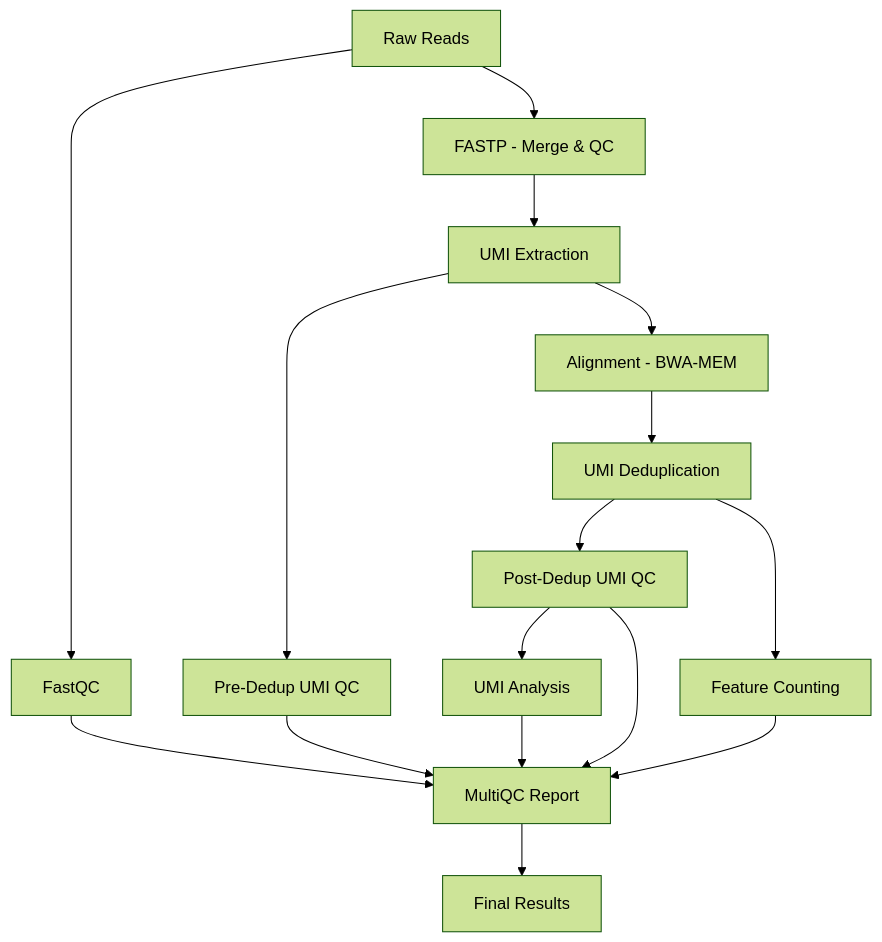
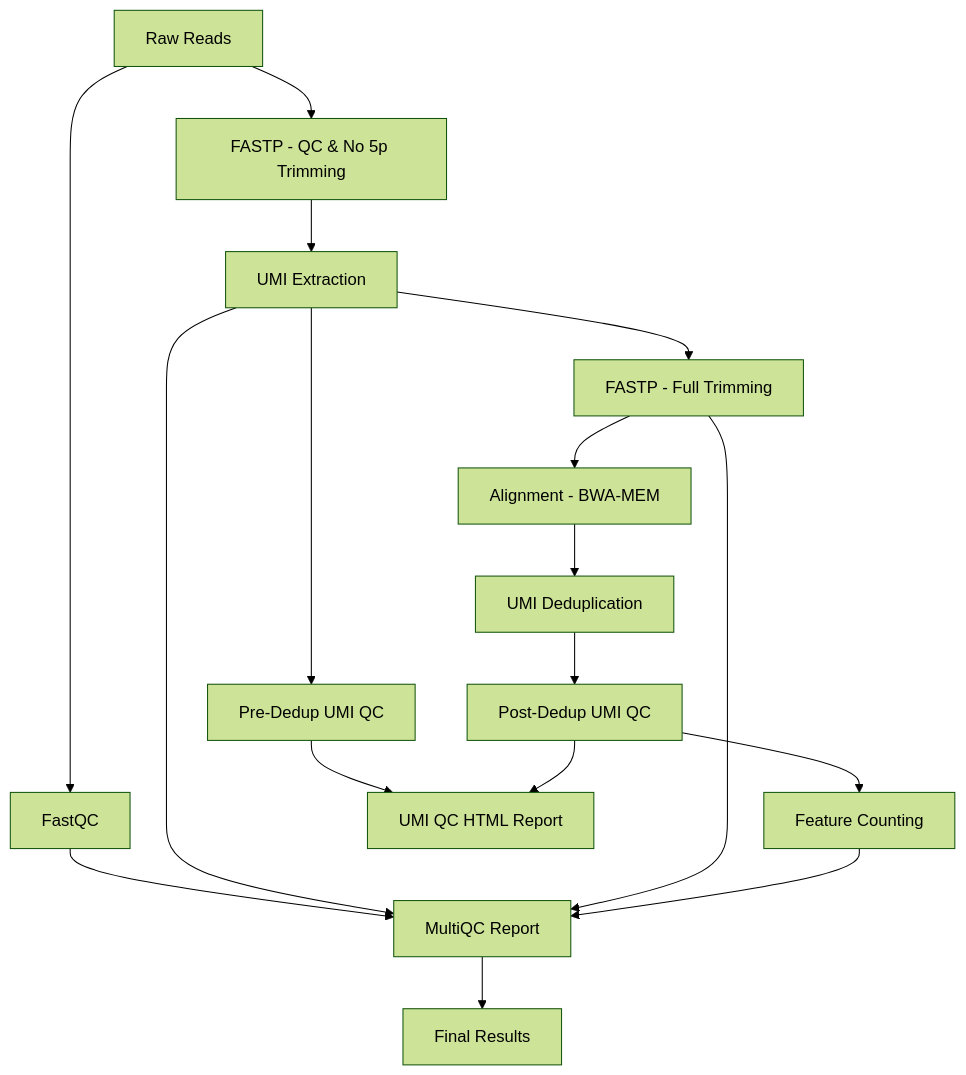
The diagram in README.md (mgl0619/umi_amplicon), drawn with Mermaid (forest theme) before and after one commit. The commit also changed other lines of this file and 70 other files, not shown here.

````diff
--- a/README.md
+++ b/README.md
@@ -168,18 +168,19 @@
 ```mermaid
 graph TD
     A[Raw Reads] --> B[FastQC]
-    A --> C[FASTP - Merge & QC]
+    A --> C[FASTP - QC & No 5p Trimming]
     C --> D[UMI Extraction]
     D --> E[Pre-Dedup UMI QC]
-    D --> F[Alignment - BWA-MEM]
-    F --> G[UMI Deduplication]
-    G --> H[Post-Dedup UMI QC]
-    G --> I[Feature Counting]
-    H --> J[UMI Analysis]
-    B --> K[MultiQC Report]
-    E --> K
-    H --> K
-    I --> K
-    J --> K
-    K --> L[Final Results]
+    D --> F[FASTP - Full Trimming]
+    F --> G[Alignment - BWA-MEM]
+    G --> H[UMI Deduplication]
+    H --> I[Post-Dedup UMI QC]
+    I --> J[Feature Counting]
+    E --> K[UMI QC HTML Report]
+    I --> K[UMI QC HTML Report]
+    B --> L[MultiQC Report]
+    D --> L[MultiQC Report]
+    F --> L[MultiQC Report]
+    J --> L[MultiQC Report]
+    L --> M[Final Results]
 ```
````
